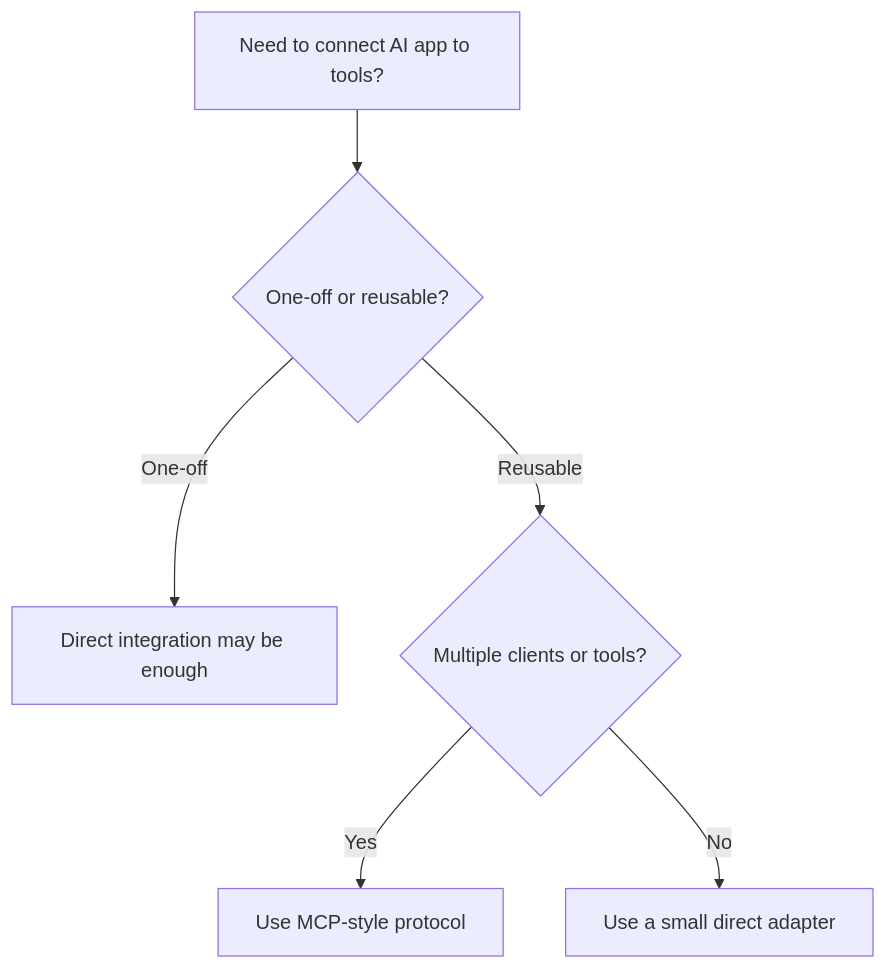
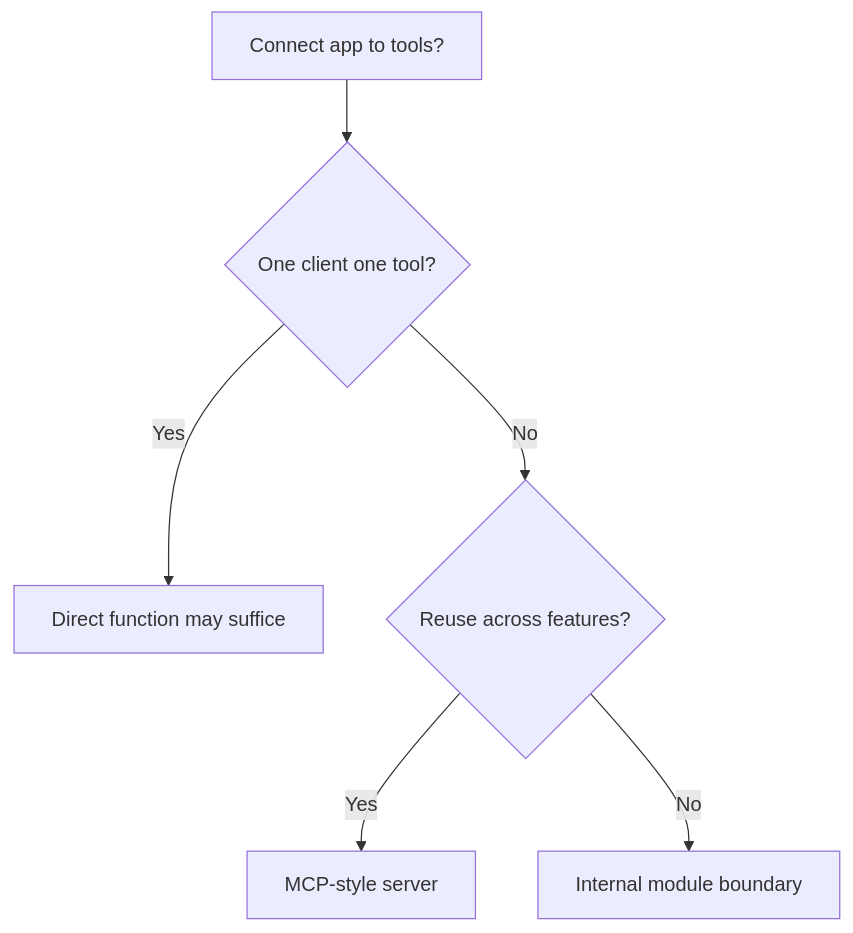
The seventh of 13 diagrams in day_25/day_25_model_context_protocol_mcp.md (Asabeneh/30-Days-Of-AI-Engineering), drawn with Mermaid before and after one commit. The commit also changed other lines of this file and 49 other files, not shown here.

````diff
--- a/day_25/day_25_model_context_protocol_mcp.md
+++ b/day_25/day_25_model_context_protocol_mcp.md
@@ -205,8 +310,8 @@
 ```mermaid
 flowchart TD
-        A[Need to connect AI app to tools?] --> B{One-off or reusable?}
-        B -->|One-off| C[Direct integration may be enough]
-        B -->|Reusable| D{Multiple clients or tools?}
-        D -->|Yes| E[Use MCP-style protocol]
-        D -->|No| F[Use a small direct adapter]
+    A[Connect app to tools?] --> B{One client one tool?}
+    B -->|Yes| C[Direct function may suffice]
+    B -->|No| D{Reuse across features?}
+    D -->|Yes| E[MCP-style server]
+    D -->|No| F[Internal module boundary]
 ```
````
